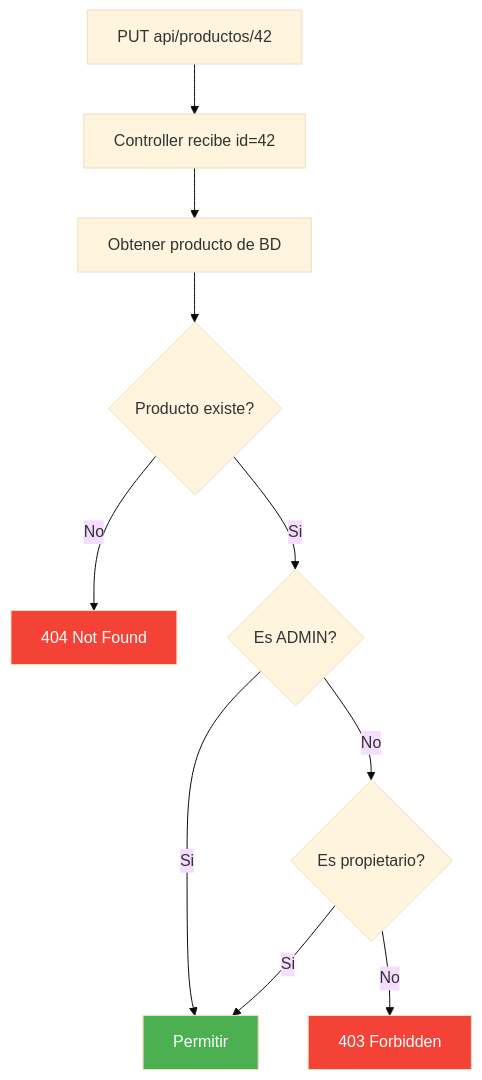
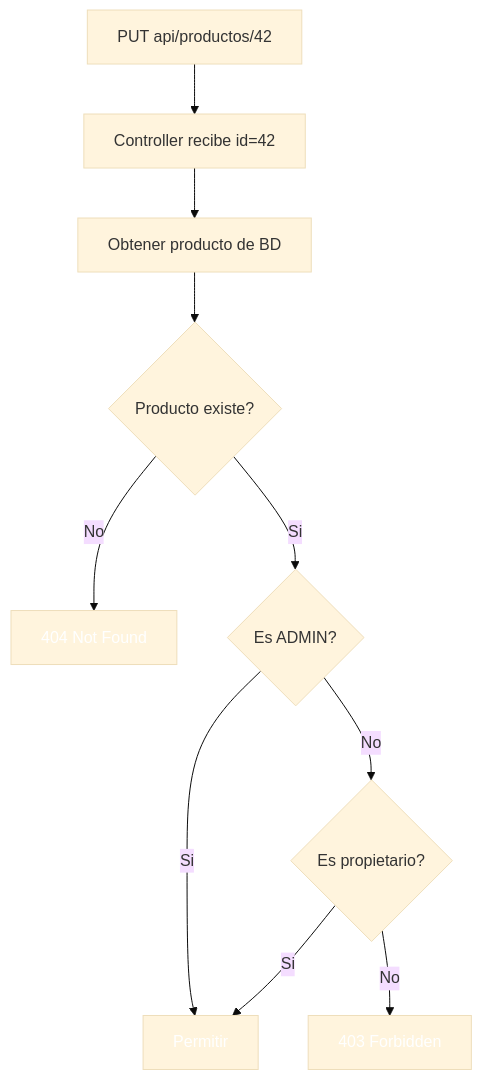
One commit to joseluisgs/DesarrolloWebEntornosServidor-02-2026-2027 changed diagram 12 of 14 in 17-autorizacion.md. Above: the diagram before and after it, drawn with Mermaid (base theme). The commit also changed other lines of this file and 41 other files, not shown here.

````diff
--- a/17-autorizacion.md
+++ b/17-autorizacion.md
@@ -1097,16 +1097,16 @@
 ```mermaid
 flowchart TD
     A["PUT api/productos/42"] --> B["Controller recibe id=42"]
     B --> C["Obtener producto de BD"]
     C --> D{"Producto existe?"}
     D -->|No| E["404 Not Found"]
     D -->|Si| F{"Es ADMIN?"}
     F -->|Si| G["Permitir"]
     F -->|No| H{"Es propietario?"}
     H -->|Si| G
     H -->|No| I["403 Forbidden"]
 
-    style E fill:#f44336,color:#fff
-    style G fill:#4CAF50,color:#fff
-    style I fill:#f44336,color:#fff
+    style E fill:#f4433,color:#fff6,color:#fff
+    style G fill:#4CAF5,color:#fff0,color:#fff
+    style I fill:#f4433,color:#fff6,color:#fff
 ```
````
